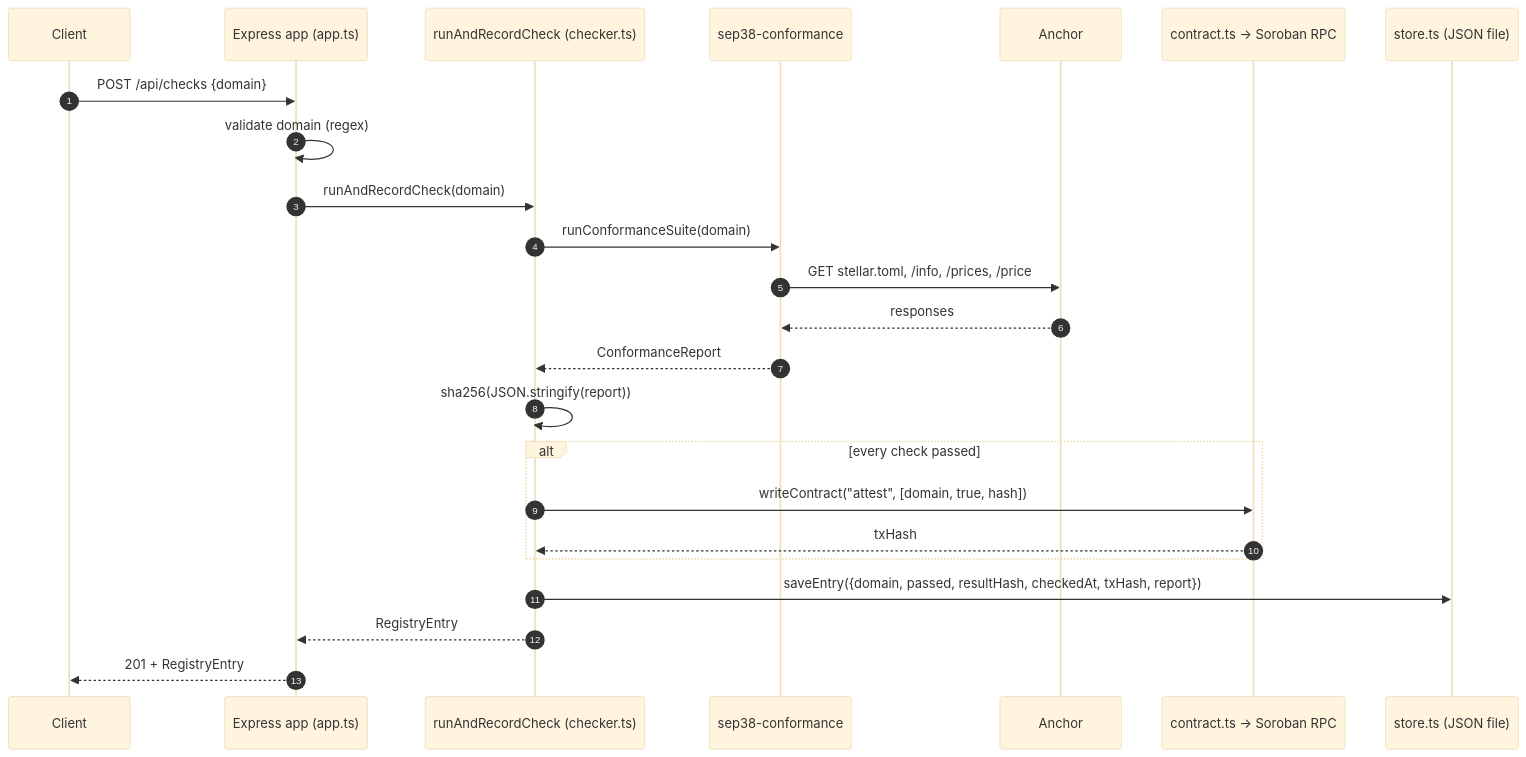
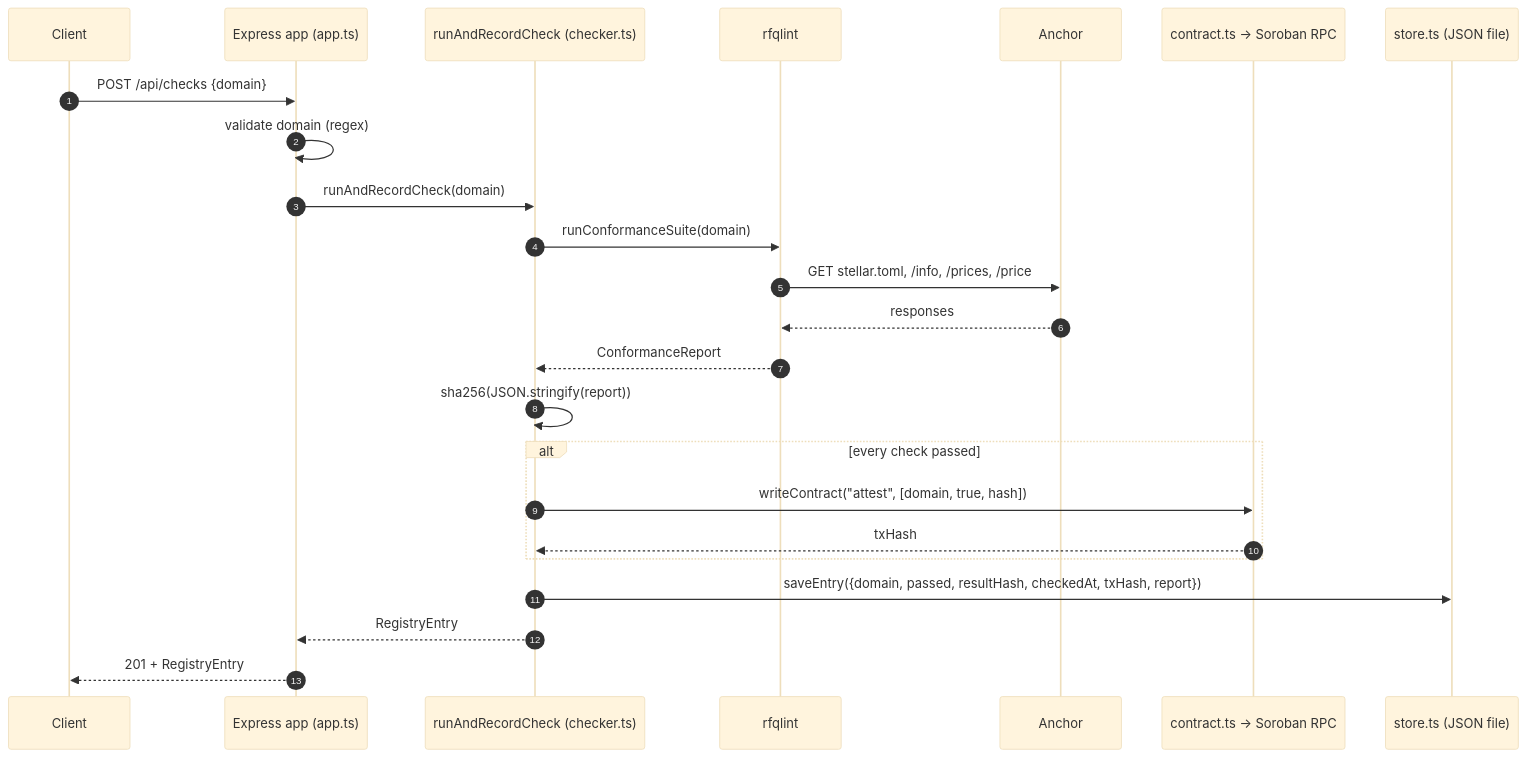
The second of 2 diagrams in README.md (RFQLint/rfqlint-backend), drawn with Mermaid (base theme) before and after one commit. The commit also changed other lines of this file and 5 other files, not shown here.

First line of the commit message:
Rename project from sep38-conformance-backend to rfqlint-backend

````diff
--- a/README.md
+++ b/README.md
@@ -114,27 +114,27 @@
 ```mermaid
 sequenceDiagram
     autonumber
     participant Client
     participant API as Express app (app.ts)
     participant Checker as runAndRecordCheck (checker.ts)
-    participant Lib as sep38-conformance
+    participant Lib as rfqlint
     participant Anchor
     participant Chain as contract.ts -> Soroban RPC
     participant Store as store.ts (JSON file)
 
     Client->>API: POST /api/checks {domain}
     API->>API: validate domain (regex)
     API->>Checker: runAndRecordCheck(domain)
     Checker->>Lib: runConformanceSuite(domain)
     Lib->>Anchor: GET stellar.toml, /info, /prices, /price
     Anchor-->>Lib: responses
     Lib-->>Checker: ConformanceReport
     Checker->>Checker: sha256(JSON.stringify(report))
     alt every check passed
         Checker->>Chain: writeContract("attest", [domain, true, hash])
         Chain-->>Checker: txHash
     end
     Checker->>Store: saveEntry({domain, passed, resultHash, checkedAt, txHash, report})
     Checker-->>API: RegistryEntry
     API-->>Client: 201 + RegistryEntry
 ```
````
